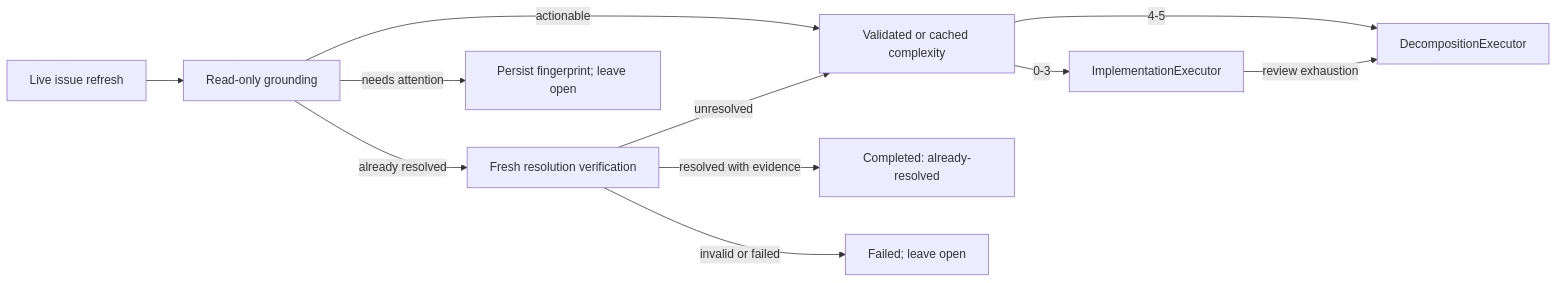
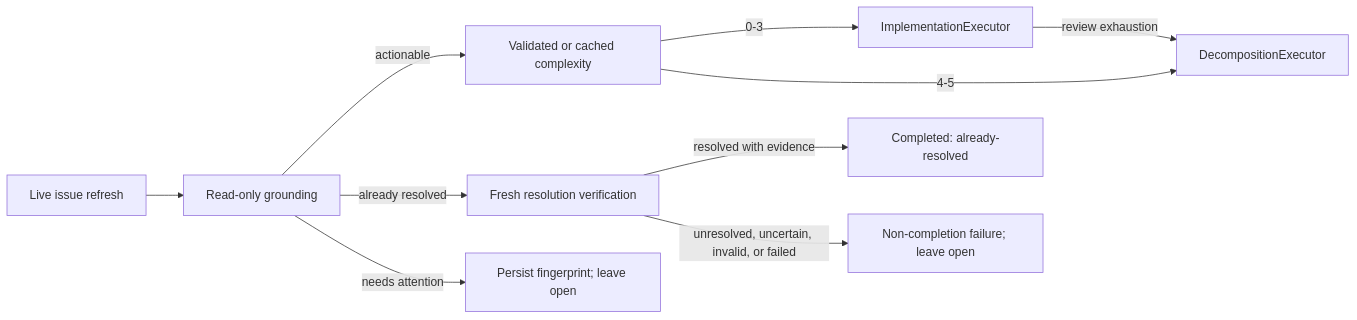
The third of 6 diagrams in docs/end-to-end-execution.md (beremaran/ralphie), drawn with Mermaid before and after one commit. The commit also changed other lines of this file and 1 other file, not shown here.

````diff
--- a/docs/end-to-end-execution.md
+++ b/docs/end-to-end-execution.md
@@ -242,13 +247,12 @@
 ```mermaid
 flowchart LR
     A["Live issue refresh"] --> B["Read-only grounding"]
     B -->|actionable| C["Validated or cached complexity"]
     B -->|already resolved| D["Fresh resolution verification"]
     B -->|needs attention| E["Persist fingerprint; leave open"]
     C -->|0-3| F["ImplementationExecutor"]
     C -->|4-5| G["DecompositionExecutor"]
     F -->|review exhaustion| G
     D -->|resolved with evidence| H["Completed: already-resolved"]
-    D -->|unresolved| C
-    D -->|invalid or failed| I["Failed; leave open"]
+    D -->|unresolved, uncertain, invalid, or failed| I["Non-completion failure; leave open"]
 ```
````
